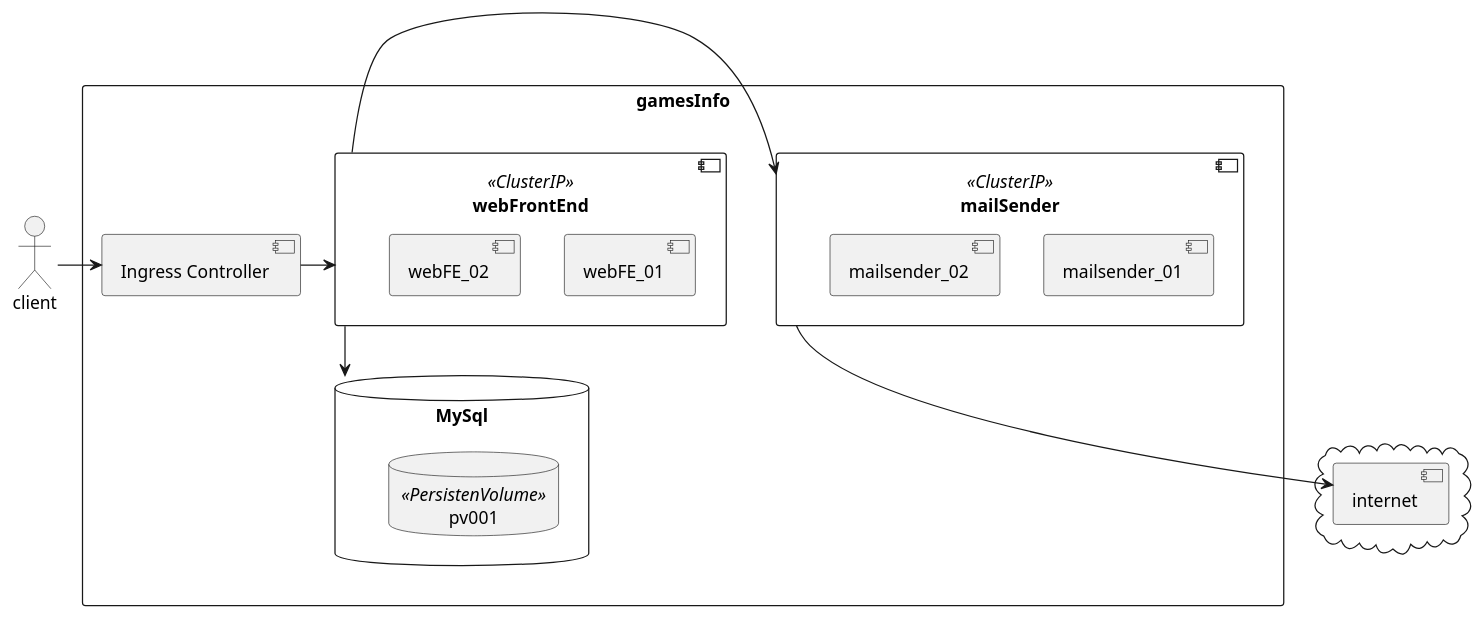
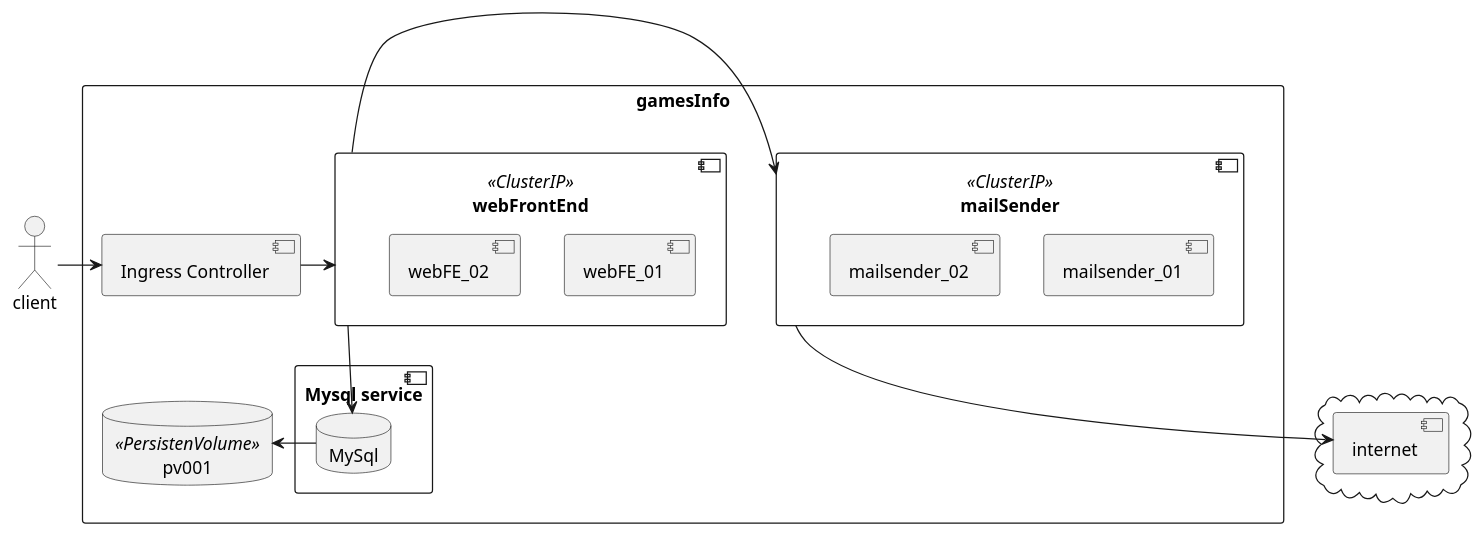
The diagram in ReadmeK8s.md (jlojosnegros/GamesInfo), drawn with PlantUML before and after one commit. The commit also changed other lines of this file and 1 other file, not shown here.

````diff
--- a/ReadmeK8s.md
+++ b/ReadmeK8s.md
@@ -56,28 +56,31 @@
 ```plantuml
 @startuml
 actor client
 rectangle gamesInfo {
   component [Ingress Controller] as ingress
   component [webFrontEnd] <<ClusterIP>> as webFE {
     component "webFE_01"
     component "webFE_02"
   }
   component [mailSender] <<ClusterIP>> as mailsender {
     component "mailsender_01"
     component "mailsender_02"
   }
-  database "MySql" as ddbb{
-    database "pv001" <<PersistenVolume>>
+  component "Mysql service" as mysql-svc {
+    database "MySql" as ddbb
   }
+  database "pv001" <<PersistenVolume>>   as pv
 }
 cloud {
   [internet]
 }
 client -right-> ingress
 ingress -right-> webFE
 webFE -down-> ddbb
 webFE -right-> mailsender
 mailsender -down-> internet
 
+ddbb -right-> pv
+
 @enduml
 ```
````
